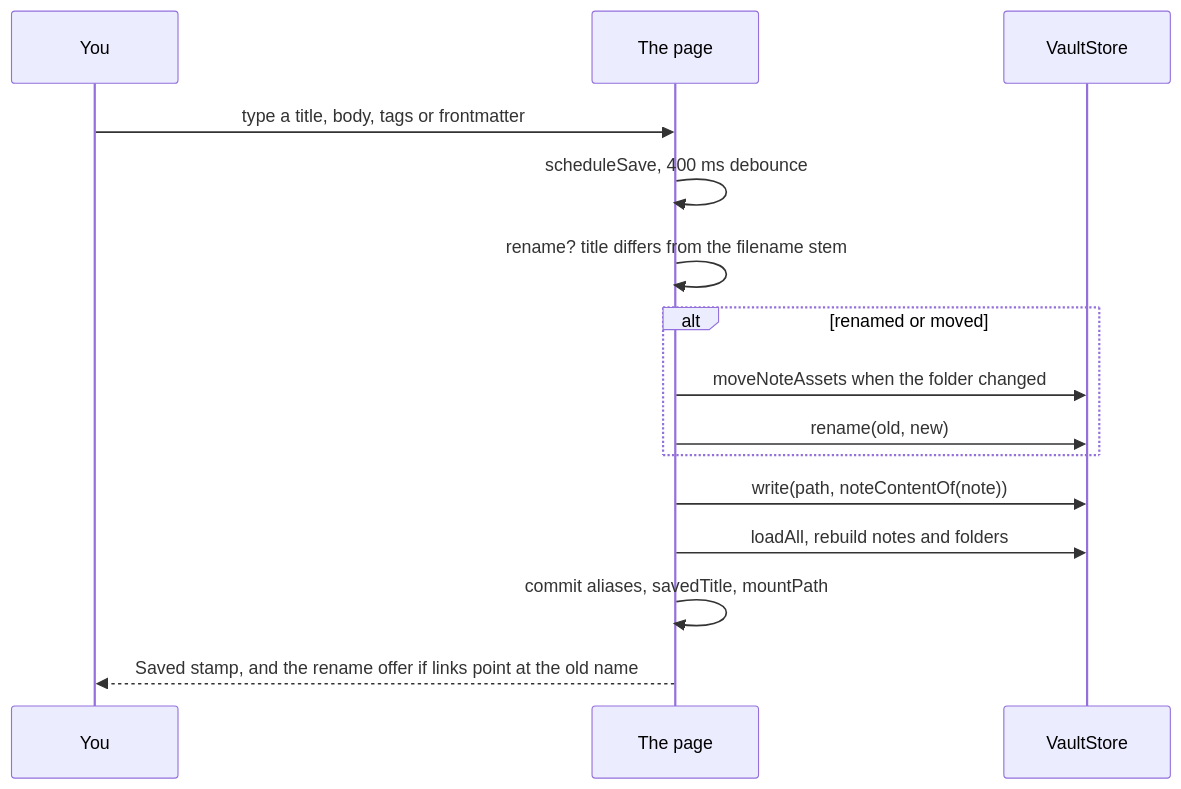
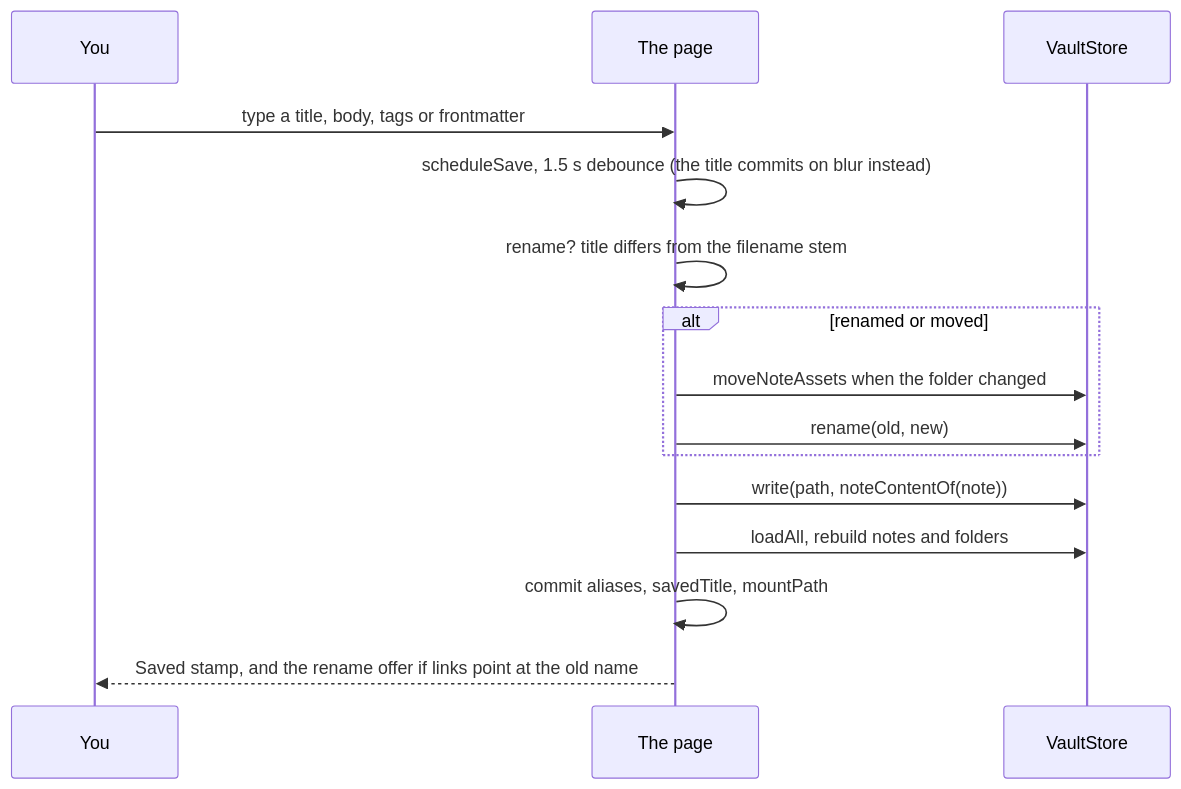
Before and after one commit to Kieran-s-Artisnal-Slop-Factory/notey: the second of 2 diagrams in docs/dev/data-layer.md, drawn with Mermaid. The commit also changed other lines of this file and 20 other files, not shown here.

````diff
--- a/docs/dev/data-layer.md
+++ b/docs/dev/data-layer.md
@@ -124,17 +124,17 @@
 ```mermaid
 sequenceDiagram
   participant U as You
   participant P as The page
   participant S as VaultStore
   U->>P: type a title, body, tags or frontmatter
-  P->>P: scheduleSave, 400 ms debounce
+  P->>P: scheduleSave, 1.5 s debounce (the title commits on blur instead)
   P->>P: rename? title differs from the filename stem
   alt renamed or moved
     P->>S: moveNoteAssets when the folder changed
     P->>S: rename(old, new)
   end
   P->>S: write(path, noteContentOf(note))
   P->>S: loadAll, rebuild notes and folders
   P->>P: commit aliases, savedTitle, mountPath
   P-->>U: Saved stamp, and the rename offer if links point at the old name
 ```
````
